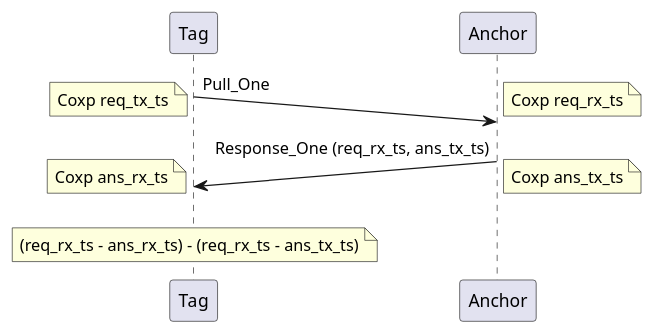
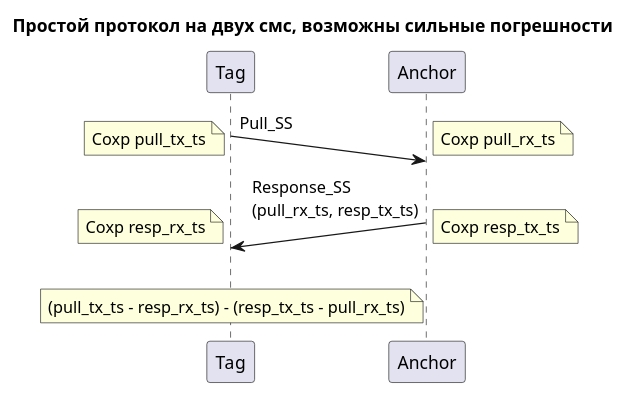
Before and after one commit to John-ik/NodeMCU_BU01_DW1000: the diagram in docs/diagram/src/dist_2sms_one.puml, drawn with PlantUML. The commit also changed 7 other files, not shown here.

Commit message:
Обновлены диаграммы

```diff
--- a/docs/diagram/src/dist_2sms_one.puml
+++ b/docs/diagram/src/dist_2sms_one.puml
@@ -1,21 +1,23 @@
 @startuml dist_2sms_one
 
-Tag ->(20) Anchor : Pull_One
+title Простой протокол на двух смс, возможны сильные погрешности
+
+Tag ->(20) Anchor : Pull_SS
 note left 
-    Сохр req_tx_ts
+    Сохр pull_tx_ts
 end note
 note right
-    Сохр req_rx_ts
+    Сохр pull_rx_ts
 end note
 
-Anchor ->(20) Tag : Response_One (req_rx_ts, ans_tx_ts)
+Anchor ->(20) Tag : Response_SS\n(pull_rx_ts, resp_tx_ts)
 note left
-    Сохр ans_rx_ts
+    Сохр resp_rx_ts
 end note
 note right
-    Сохр ans_tx_ts
+    Сохр resp_tx_ts
 end note
 note over Tag
-    (req_rx_ts - ans_rx_ts) - (req_rx_ts - ans_tx_ts)
+    (pull_tx_ts - resp_rx_ts) - (resp_tx_ts - pull_rx_ts)
 end note
 @enduml
```
